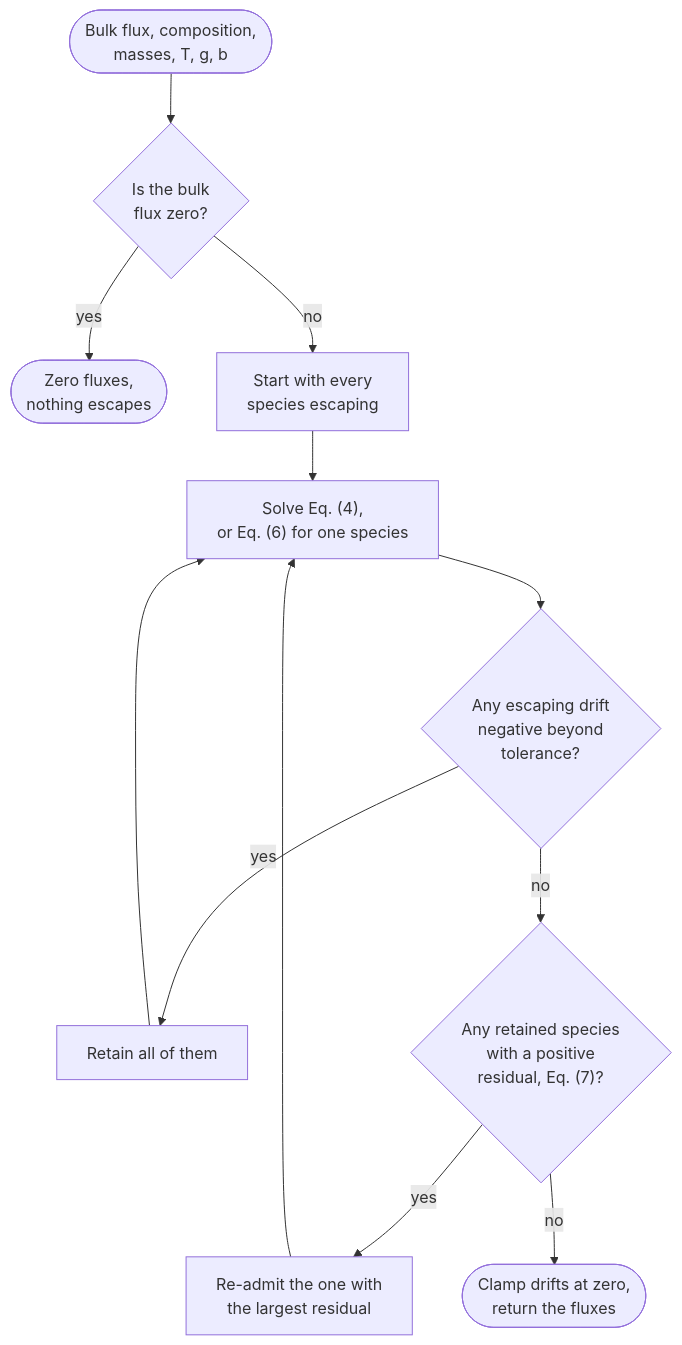
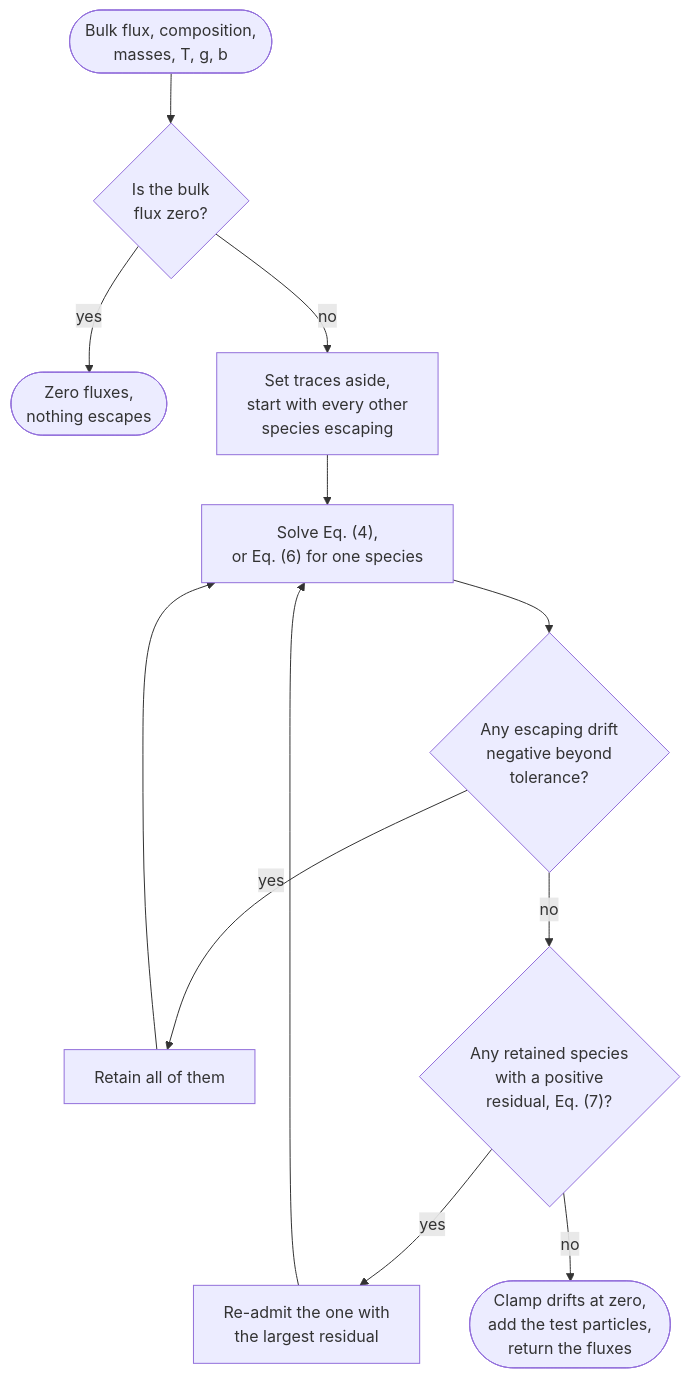
The diagram in docs/Explanations/fractionation.md (FormingWorlds/ZEPHYRUS), drawn with Mermaid before and after one commit. The commit also changed other lines of this file and 2 other files, not shown here.

First line of the commit message:
Treat trace species as test particles in the fractionation closure

````diff
--- a/docs/Explanations/fractionation.md
+++ b/docs/Explanations/fractionation.md
@@ -85,17 +85,17 @@
 ```mermaid
 flowchart TD
     IN(["Bulk flux, composition,<br/>masses, T, g, b"]) --> Z{"Is the bulk<br/>flux zero?"}
     Z -- yes --> ZERO(["Zero fluxes,<br/>nothing escapes"])
-    Z -- no --> INIT["Start with every<br/>species escaping"]
+    Z -- no --> INIT["Set traces aside,<br/>start with every other<br/>species escaping"]
     INIT --> SOLVE["Solve Eq. (4),<br/>or Eq. (6) for one species"]
     SOLVE --> NEG{"Any escaping drift<br/>negative beyond<br/>tolerance?"}
     NEG -- yes --> DROP["Retain all of them"]
     DROP --> SOLVE
     NEG -- no --> RES{"Any retained species<br/>with a positive<br/>residual, Eq. (7)?"}
     RES -- yes --> ADD["Re-admit the one with<br/>the largest residual"]
     ADD --> SOLVE
-    RES -- no --> OUT(["Clamp drifts at zero,<br/>return the fluxes"])
+    RES -- no --> OUT(["Clamp drifts at zero,<br/>add the test particles,<br/>return the fluxes"])
     class ZERO,OUT regime
     class Z,NEG,RES decision
     class INIT,SOLVE,DROP,ADD stage
 ```
````
